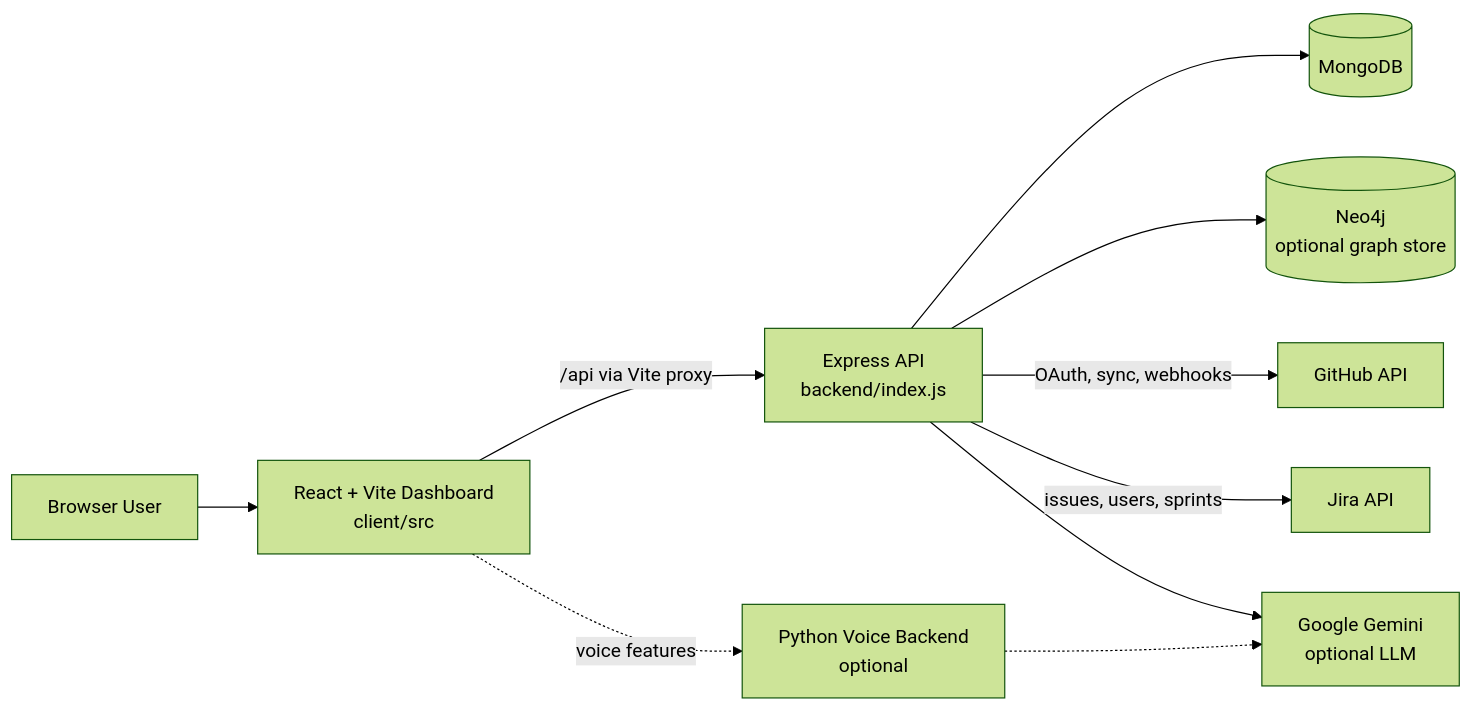
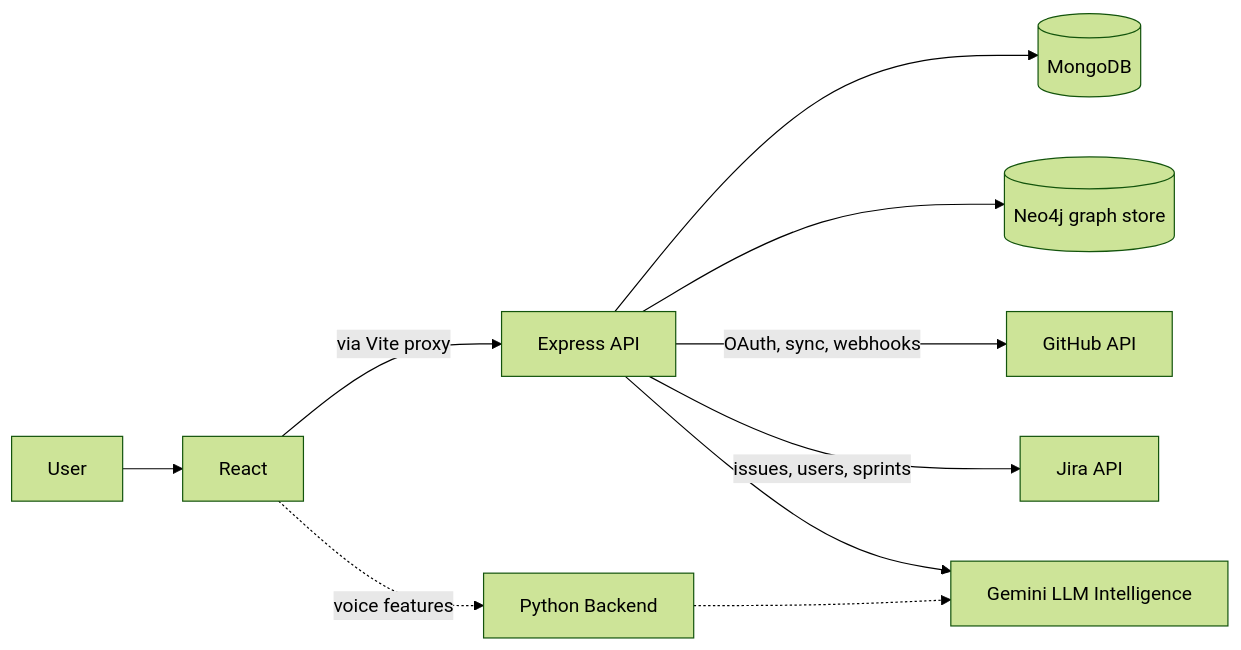
One commit to shwet46/Kaizen changed the diagram in README.md. Above: the diagram before and after it, drawn with Mermaid (forest theme). The commit also changed other lines of this file and 3 other files, not shown here.

````diff
--- a/README.md
+++ b/README.md
@@ -21,22 +38,22 @@
 ```mermaid
 flowchart LR
-	User[Browser User]
-	Client[React + Vite Dashboard\nclient/src]
-	API[Express API\nbackend/index.js]
+	User[ User]
+	Client[React]
+	API[Express API]
 	Mongo[(MongoDB)]
-	Neo4j[(Neo4j\noptional graph store)]
+	Neo4j[(Neo4j graph store)]
 	GitHub[GitHub API]
 	Jira[Jira API]
-	Gemini[Google Gemini\noptional LLM]
-	Voice[Python Voice Backend\noptional]
+	Gemini[Gemini LLM Intelligence]
+	Voice[Python Backend]
 
 	User --> Client
-	Client -->|/api via Vite proxy| API
+	Client -->|via Vite proxy| API
 	API --> Mongo
 	API --> Neo4j
 	API -->|OAuth, sync, webhooks| GitHub
 	API -->|issues, users, sprints| Jira
 	API --> Gemini
 	Client -.->|voice features| Voice
 	Voice -.-> Gemini
 ```
````
